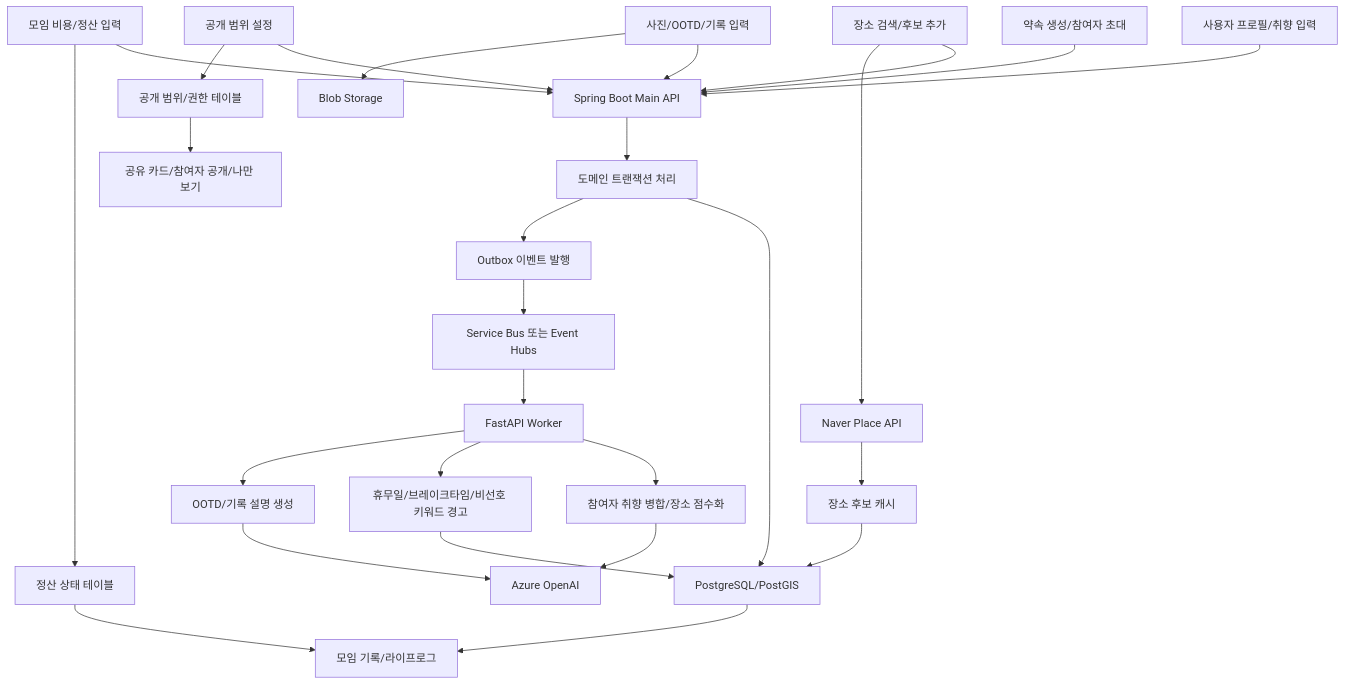
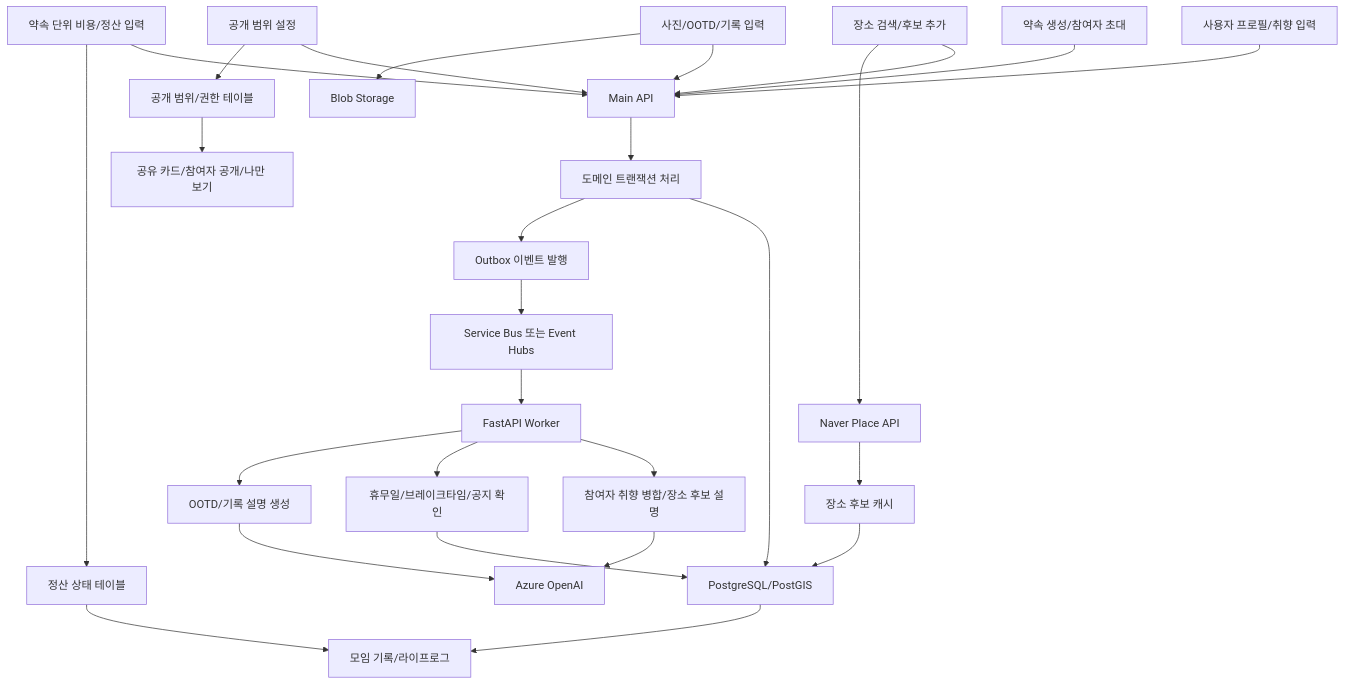
One commit to Onieum/ONMU changed the second of 3 diagrams in docs/architecture/current-architecture-diagram.md. Above: the diagram before and after it, drawn with Mermaid. The commit also changed other lines of this file and 11 other files, not shown here.

Commit message:
docs(mobile): SCRUM-38 update frontend architecture docs (#60)

````diff
--- a/docs/architecture/current-architecture-diagram.md
+++ b/docs/architecture/current-architecture-diagram.md
@@ -89,36 +99,36 @@
 ```mermaid
 flowchart TD
-    profile["사용자 프로필/취향 입력"] --> api["Spring Boot Main API"]
+    profile["사용자 프로필/취향 입력"] --> api["Main API"]
     meetup["약속 생성/참여자 초대"] --> api
     place["장소 검색/후보 추가"] --> api
     ootd["사진/OOTD/기록 입력"] --> api
-    settlement["모임 비용/정산 입력"] --> api
+    settlement["약속 단위 비용/정산 입력"] --> api
     privacy["공개 범위 설정"] --> api
 
     api --> tx["도메인 트랜잭션 처리"]
     tx --> db["PostgreSQL/PostGIS"]
     tx --> event["Outbox 이벤트 발행"]
 
     place --> naver["Naver Place API"]
     naver --> cache["장소 후보 캐시"]
     cache --> db
 
     event --> bus["Service Bus 또는 Event Hubs"]
     bus --> worker["FastAPI Worker"]
 
-    worker --> recommend["참여자 취향 병합/장소 점수화"]
-    worker --> risk["휴무일/브레이크타임/비선호 키워드 경고"]
+    worker --> recommend["참여자 취향 병합/장소 후보 설명"]
+    worker --> placeCheck["휴무일/브레이크타임/공지 확인"]
     worker --> aiRecord["OOTD/기록 설명 생성"]
 
     recommend --> openai["Azure OpenAI"]
     aiRecord --> openai
-    risk --> db
+    placeCheck --> db
 
     ootd --> blob["Blob Storage"]
     settlement --> settlementTable["정산 상태 테이블"]
     privacy --> acl["공개 범위/권한 테이블"]
 
     db --> memory["모임 기록/라이프로그"]
     settlementTable --> memory
     acl --> share["공유 카드/참여자 공개/나만 보기"]
 ```
````
